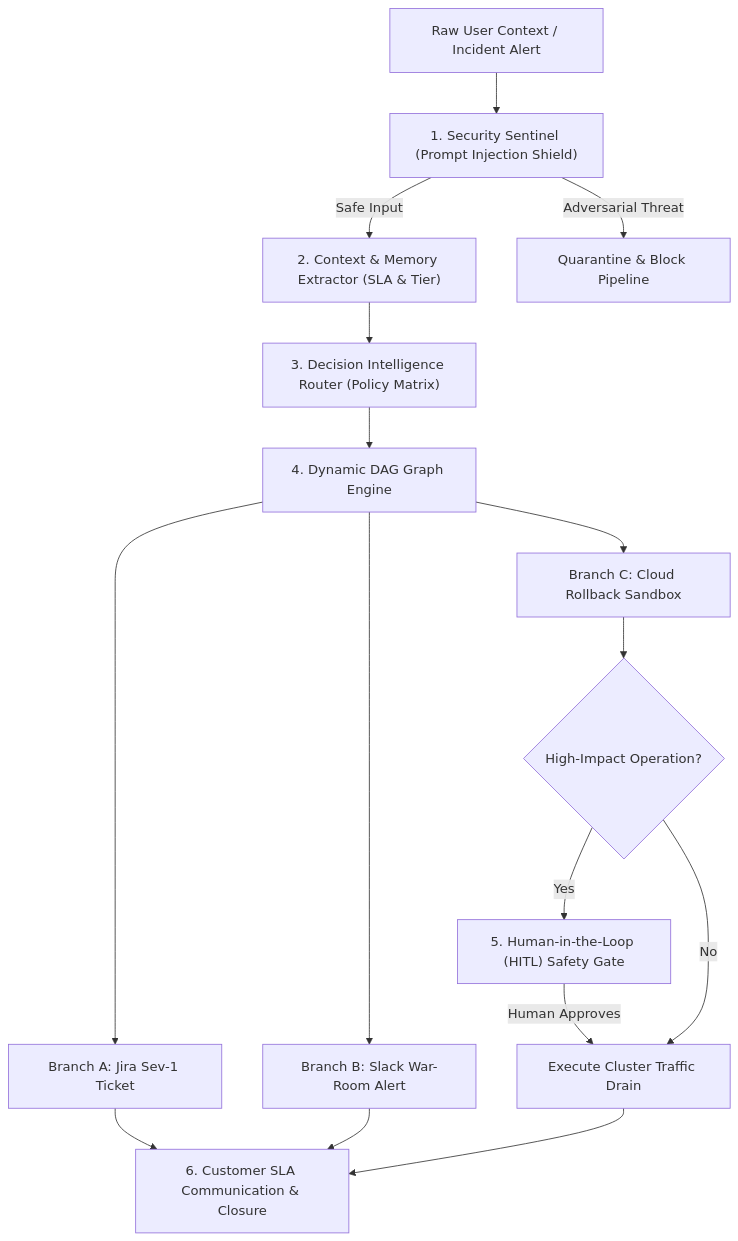
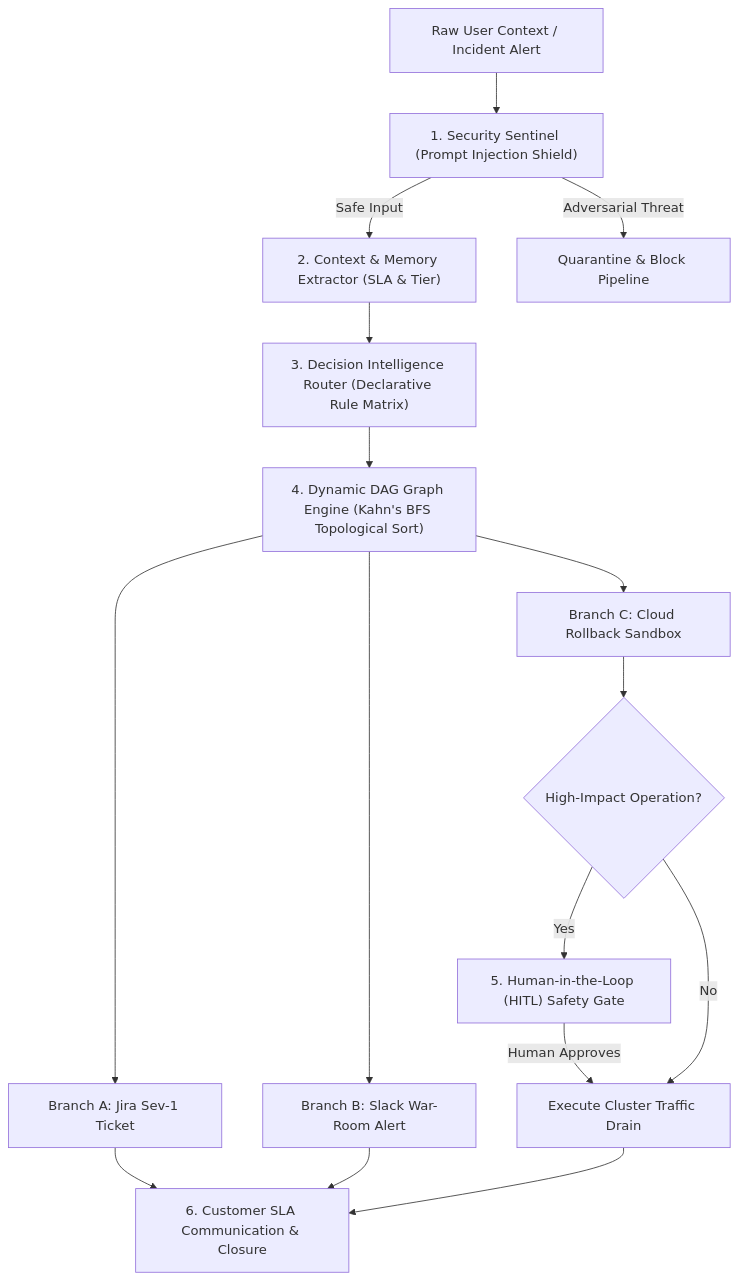
The diagram in README.md (anant122006/nexusflow-agentic-workflow), drawn with Mermaid before and after one commit. The commit also changed other lines of this file and 9 other files, not shown here.

Commit message:
feat: 100/100 target - 46 tests, TSDoc, Kahn's DAG, strategy pattern, typed errors, security headers, coverage script, complete README

````diff
--- a/README.md
+++ b/README.md
@@ -24,16 +47,16 @@
 ```mermaid
 flowchart TD
     A["Raw User Context / Incident Alert"] --> B["1. Security Sentinel (Prompt Injection Shield)"]
     B -- "Safe Input" --> C["2. Context & Memory Extractor (SLA & Tier)"]
     B -- "Adversarial Threat" --> X["Quarantine & Block Pipeline"]
-    C --> D["3. Decision Intelligence Router (Policy Matrix)"]
-    D --> E["4. Dynamic DAG Graph Engine"]
+    C --> D["3. Decision Intelligence Router (Declarative Rule Matrix)"]
+    D --> E["4. Dynamic DAG Graph Engine (Kahn's BFS Topological Sort)"]
     E --> F["Branch A: Jira Sev-1 Ticket"]
     E --> G["Branch B: Slack War-Room Alert"]
     E --> H["Branch C: Cloud Rollback Sandbox"]
     H --> I{"High-Impact Operation?"}
     I -- "Yes" --> J["5. Human-in-the-Loop (HITL) Safety Gate"]
     J -- "Human Approves" --> K["Execute Cluster Traffic Drain"]
     I -- "No" --> K
     F & G & K --> L["6. Customer SLA Communication & Closure"]
 ```
````
